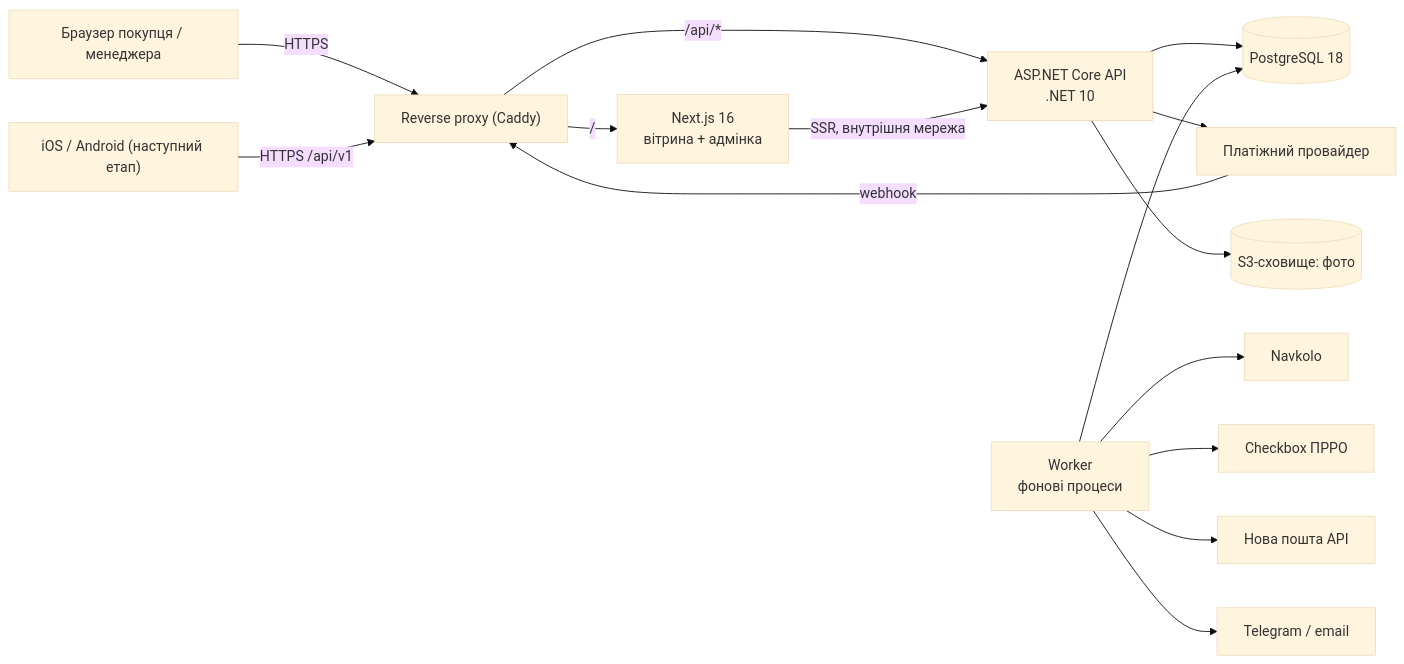
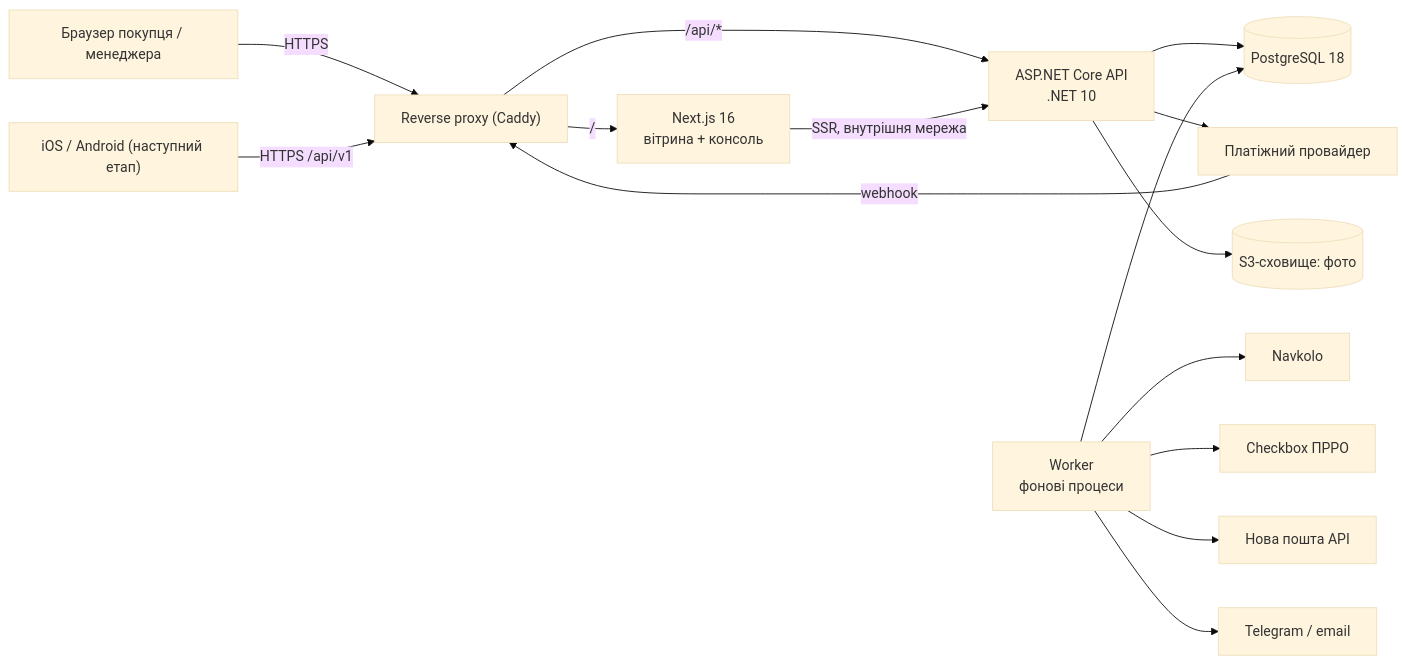
One commit to oleksandrmelnychenko/polivalko-ecommerce changed the first of 2 diagrams in docs/solution-proposal.md. Above: the diagram before and after it, drawn with Mermaid (base theme). The commit also changed other lines of this file and 8 other files, not shown here.

````diff
--- a/docs/solution-proposal.md
+++ b/docs/solution-proposal.md
@@ -52,17 +56,17 @@
 ```mermaid
 flowchart LR
   B["Браузер покупця / менеджера"] -->|HTTPS| P["Reverse proxy (Caddy)"]
   M["iOS / Android (наступний етап)"] -->|HTTPS /api/v1| P
-  P -->|"/"| W["Next.js 16<br/>вітрина + адмінка"]
+  P -->|"/"| W["Next.js 16<br/>вітрина + консоль"]
   P -->|"/api/*"| A["ASP.NET Core API<br/>.NET 10"]
   W -->|"SSR, внутрішня мережа"| A
   A --> DB[("PostgreSQL 18")]
   K["Worker<br/>фонові процеси"] --> DB
   K --> N["Navkolo"]
   K --> CB["Checkbox ПРРО"]
   K --> NP["Нова пошта API"]
   K --> TG["Telegram / email"]
   A --> PAY["Платіжний провайдер"]
   PAY -->|webhook| P
   A --> S3[("S3-сховище: фото")]
 ```
````
